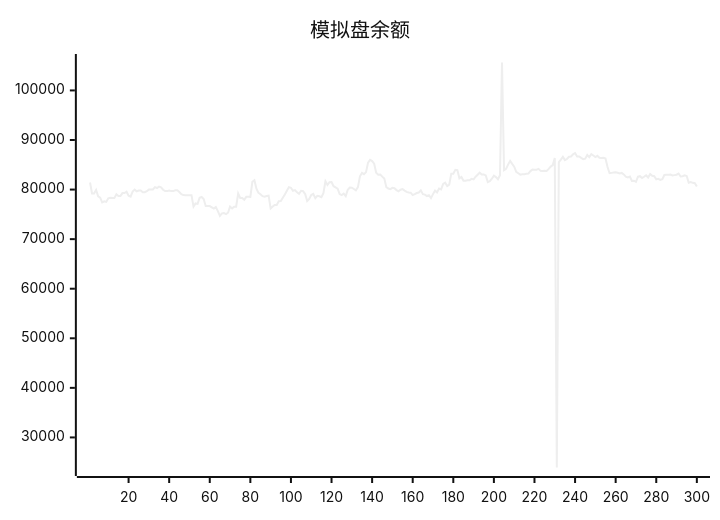
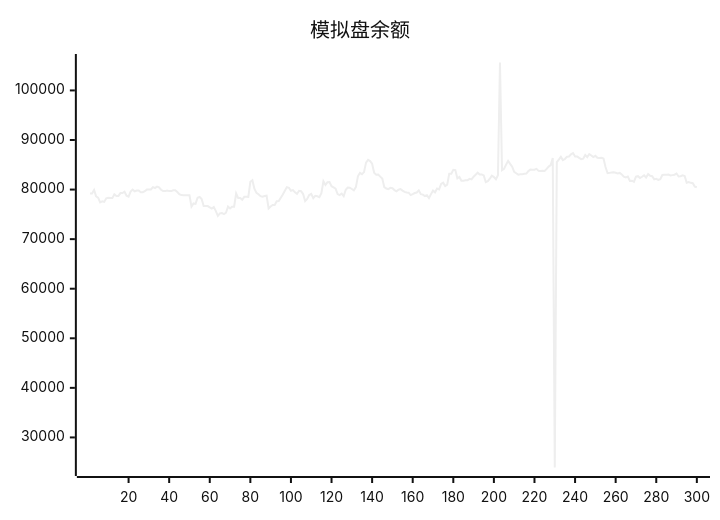
One commit to aahl/ai-trading changed the diagram in README.md. Above: the diagram before and after it, drawn with Mermaid (neutral theme). The commit also changed other lines of this file and 1 other file, not shown here.

````diff
--- a/README.md
+++ b/README.md
@@ -5,5 +5,5 @@
 ```mermaid
 xychart
     title "模拟盘余额"
-    line [81429,79212,79222,79940,78643,78380,77432,77623,77504,78235,78358,78284,78277,79048,78714,78714,79290,79308,79567,78763,78563,79603,79988,79652,79813,79813,79476,79469,79673,79995,80015,80015,80486,80314,80600,80436,79966,79689,79689,79819,79692,79692,79850,79850,79518,79071,78889,78850,78850,78878,78878,76554,77202,77103,78357,78510,78106,76678,76677,76672,76411,76159,76485,75656,74695,75197,75246,75052,75334,76564,76179,76553,76551,79196,78300,78300,77944,78531,78531,78521,81564,81884,80160,79335,79055,78675,78580,78708,78764,76179,76586,76902,76876,77658,77669,78346,79023,79769,80497,80366,79761,79896,79448,79126,79749,79658,79097,77695,78114,78888,79126,78249,78738,78653,78478,79271,81680,80923,81488,81527,80681,80455,80190,79084,78879,79193,78686,79954,80403,80374,80118,79848,80491,82665,83351,83098,83525,85430,85983,85737,85221,83378,83014,83043,82613,82216,80477,80208,80081,80348,80277,79894,79670,79965,80093,79786,79542,79406,79371,78893,79087,79304,79406,79841,79072,78978,78696,78846,78272,79085,79787,79442,80198,80031,81120,81379,80718,80985,83214,83212,83993,83921,82270,82547,81776,81776,81866,81866,82158,82061,82596,83000,83408,83041,83050,82858,81503,81691,82188,82812,82517,82092,82901,105633,83898,84180,85030,85781,85178,84604,83569,83298,83008,83093,83107,83175,83228,83729,84025,84017,84019,84177,83775,83762,83785,83738,84160,84639,84939,86370,23934,85548,86046,86599,85942,86161,86622,86664,87115,87369,86666,86685,86384,86152,86243,86969,86548,87164,86885,86566,86809,86427,86348,86417,86273,84538,83299,83369,83430,83490,83404,83270,83362,83056,82605,82459,82614,81734,81788,81551,82598,82702,82320,82580,82878,82426,83139,82778,82686,82056,82166,81963,82110,82951,82983,82984,83038,82838,82915,82998,83235,82642,82682,82858,82746,81396,81512,81362,81277,80600]
+    line [79212,79222,79940,78643,78380,77432,77623,77504,78235,78358,78284,78277,79048,78714,78714,79290,79308,79567,78763,78563,79603,79988,79652,79813,79813,79476,79469,79673,79995,80015,80015,80486,80314,80600,80436,79966,79689,79689,79819,79692,79692,79850,79850,79518,79071,78889,78850,78850,78878,78878,76554,77202,77103,78357,78510,78106,76678,76677,76672,76411,76159,76485,75656,74695,75197,75246,75052,75334,76564,76179,76553,76551,79196,78300,78300,77944,78531,78531,78521,81564,81884,80160,79335,79055,78675,78580,78708,78764,76179,76586,76902,76876,77658,77669,78346,79023,79769,80497,80366,79761,79896,79448,79126,79749,79658,79097,77695,78114,78888,79126,78249,78738,78653,78478,79271,81680,80923,81488,81527,80681,80455,80190,79084,78879,79193,78686,79954,80403,80374,80118,79848,80491,82665,83351,83098,83525,85430,85983,85737,85221,83378,83014,83043,82613,82216,80477,80208,80081,80348,80277,79894,79670,79965,80093,79786,79542,79406,79371,78893,79087,79304,79406,79841,79072,78978,78696,78846,78272,79085,79787,79442,80198,80031,81120,81379,80718,80985,83214,83212,83993,83921,82270,82547,81776,81776,81866,81866,82158,82061,82596,83000,83408,83041,83050,82858,81503,81691,82188,82812,82517,82092,82901,105633,83898,84180,85030,85781,85178,84604,83569,83298,83008,83093,83107,83175,83228,83729,84025,84017,84019,84177,83775,83762,83785,83738,84160,84639,84939,86370,23934,85548,86046,86599,85942,86161,86622,86664,87115,87369,86666,86685,86384,86152,86243,86969,86548,87164,86885,86566,86809,86427,86348,86417,86273,84538,83299,83369,83430,83490,83404,83270,83362,83056,82605,82459,82614,81734,81788,81551,82598,82702,82320,82580,82878,82426,83139,82778,82686,82056,82166,81963,82110,82951,82983,82984,83038,82838,82915,82998,83235,82642,82682,82858,82746,81396,81512,81362,81277,80600,80461]
 ```
````
